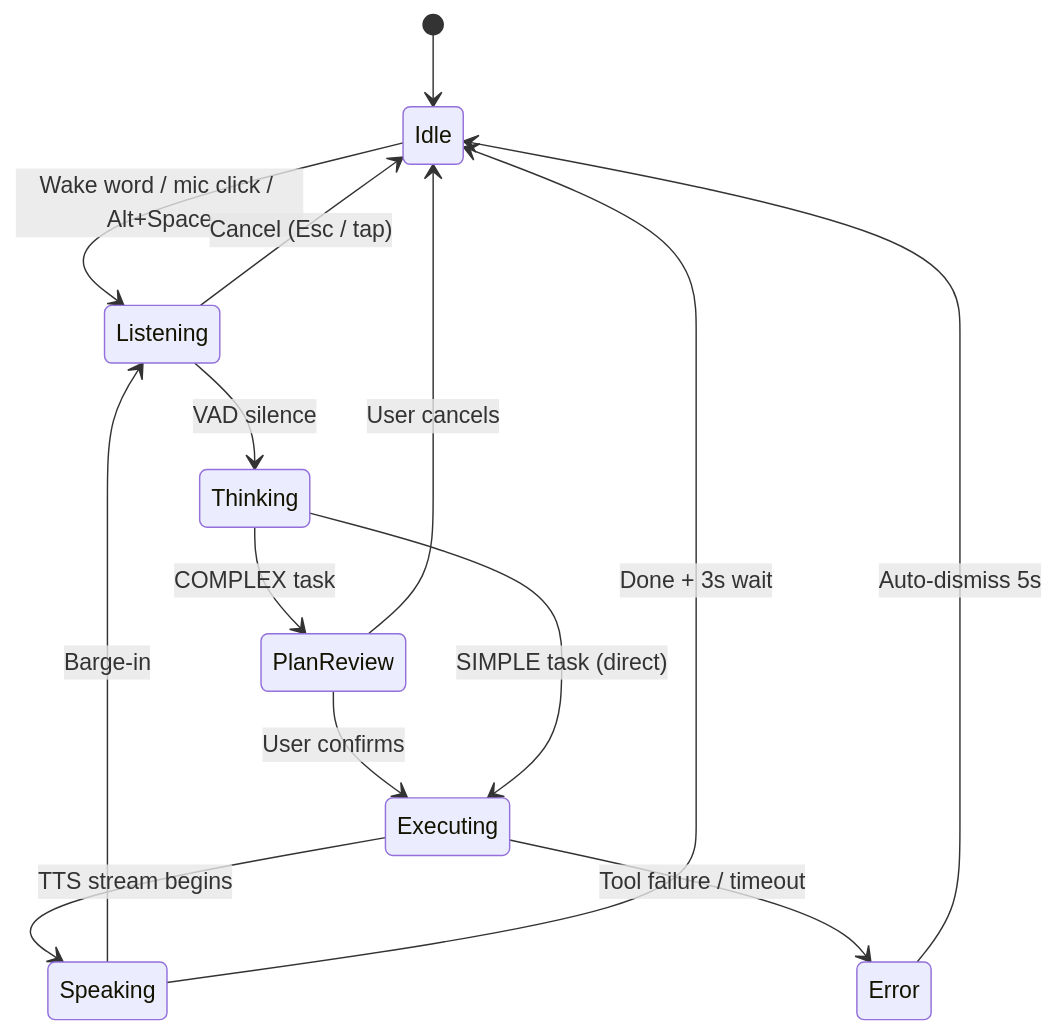
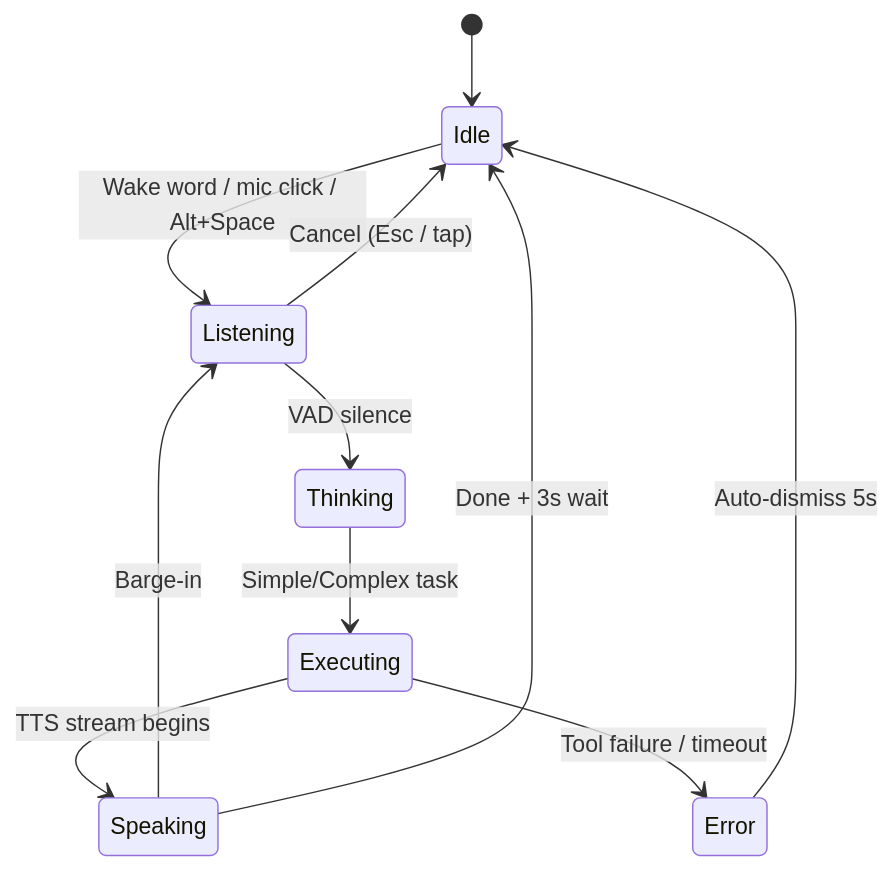
One commit to Dhairya2112/SETU changed the second of 2 diagrams in docs/UI_UX_FLOW.md. Above: the diagram before and after it, drawn with Mermaid. The commit also changed other lines of this file and 40 other files, not shown here.

````diff
--- a/docs/UI_UX_FLOW.md
+++ b/docs/UI_UX_FLOW.md
@@ -165,16 +112,13 @@
 ```mermaid
 stateDiagram-v2
     [*] --> Idle
     Idle --> Listening : Wake word / mic click / Alt+Space
     Listening --> Thinking : VAD silence
     Listening --> Idle : Cancel (Esc / tap)
-    Thinking --> PlanReview : COMPLEX task
-    PlanReview --> Executing : User confirms
-    PlanReview --> Idle : User cancels
-    Thinking --> Executing : SIMPLE task (direct)
+    Thinking --> Executing : Simple/Complex task
     Executing --> Speaking : TTS stream begins
     Executing --> Error : Tool failure / timeout
     Speaking --> Listening : Barge-in
     Speaking --> Idle : Done + 3s wait
     Error --> Idle : Auto-dismiss 5s
 ```
````
